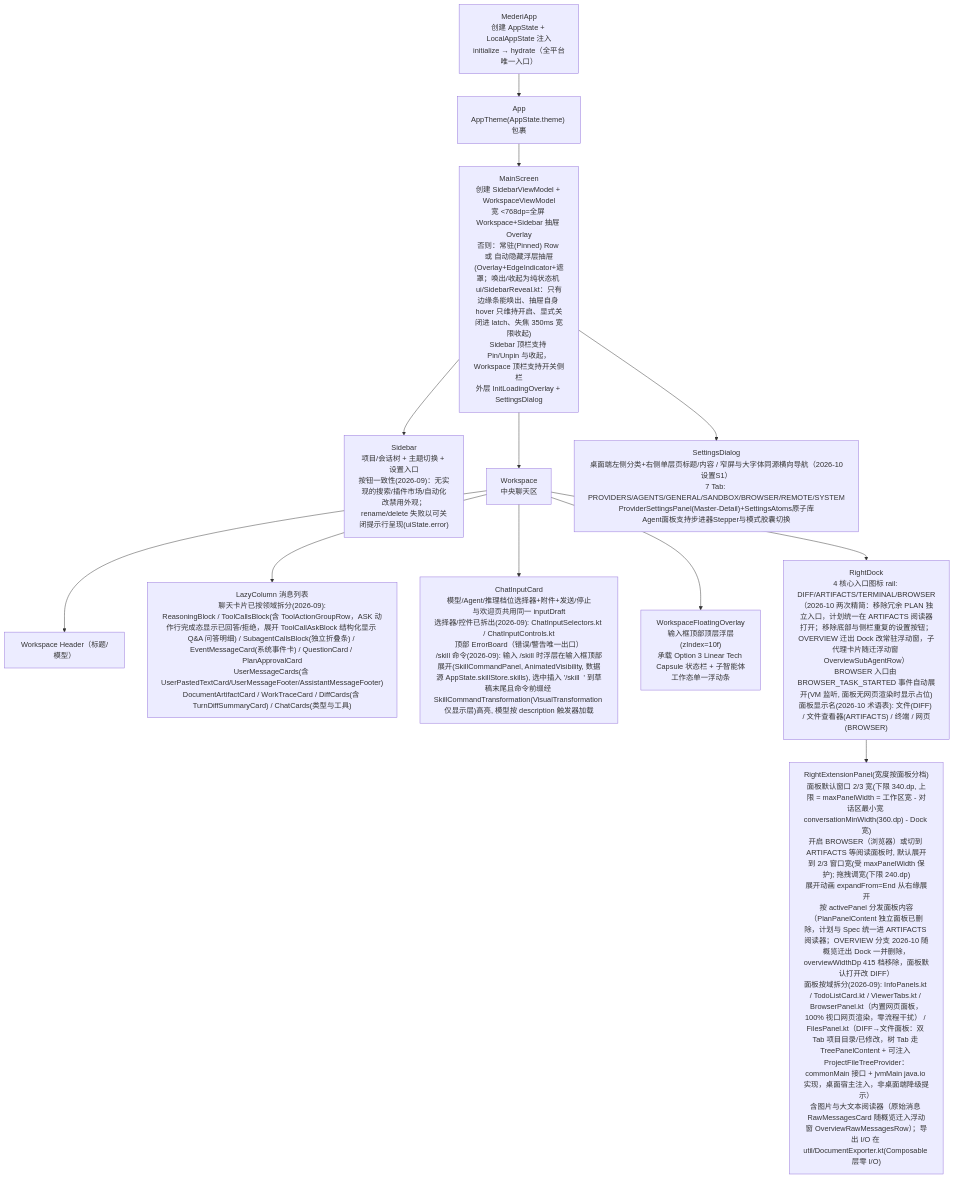
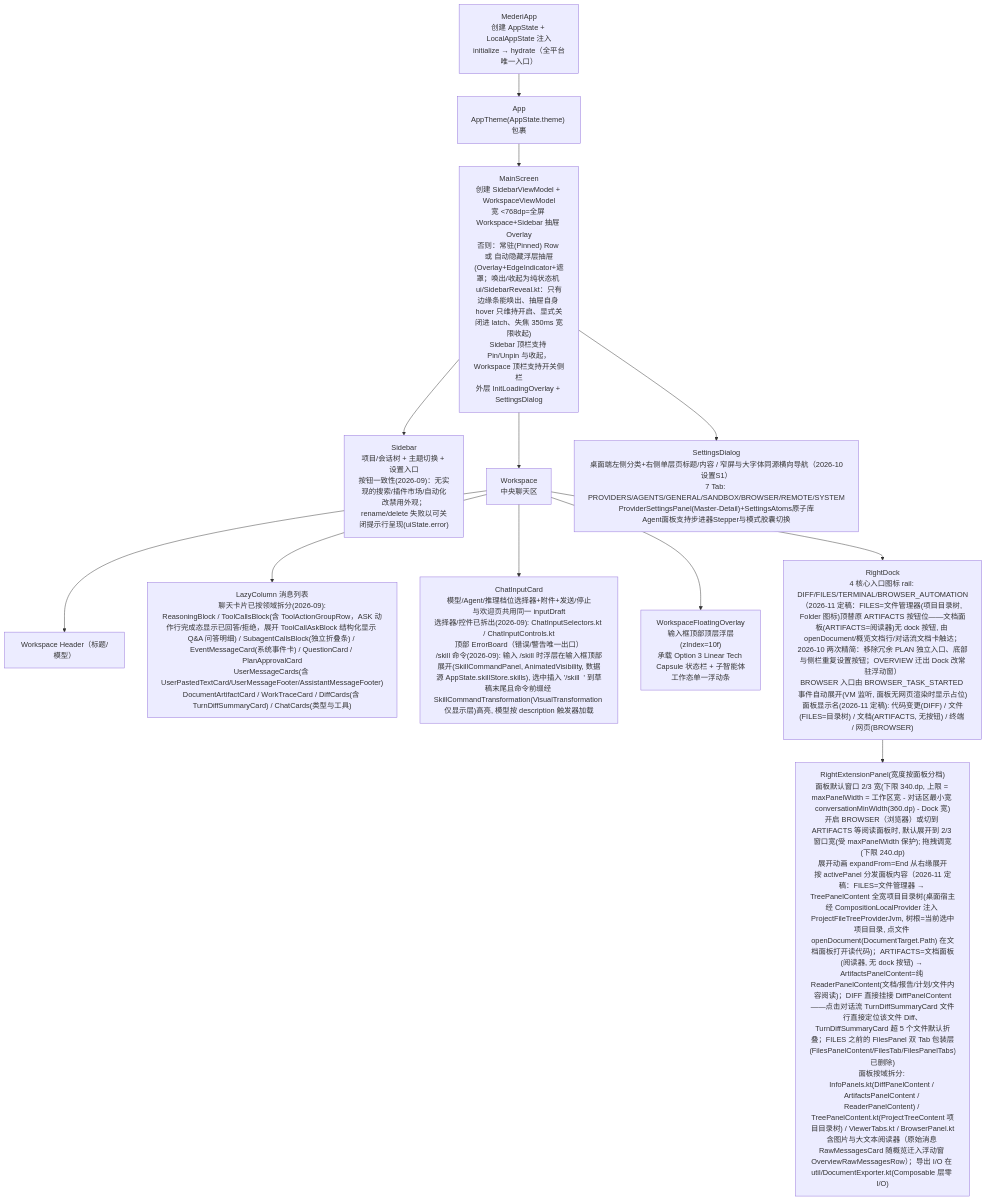
The third of 4 diagrams in docs/architecture/02-app-shared.md (lzdev42/mederi), drawn with Mermaid before and after one commit. The commit also changed other lines of this file and 231 other files, not shown here.

````diff
--- a/docs/architecture/02-app-shared.md
+++ b/docs/architecture/02-app-shared.md
@@ -486,24 +490,24 @@
 ```mermaid
 flowchart TD
     MA["MederiApp<br/>创建 AppState + LocalAppState 注入<br/>initialize → hydrate（全平台唯一入口）"]
     APP["App<br/>AppTheme(AppState.theme) 包裹"]
     MS["MainScreen<br/>创建 SidebarViewModel + WorkspaceViewModel<br/>宽 <768dp=全屏 Workspace+Sidebar 抽屉 Overlay<br/>否则：常驻(Pinned) Row 或 自动隐藏浮层抽屉(Overlay+EdgeIndicator+遮罩；唤出/收起为纯状态机 ui/SidebarReveal.kt：只有边缘条能唤出、抽屉自身 hover 只维持开启、显式关闭进 latch、失焦 350ms 宽限收起)<br/>Sidebar 顶栏支持 Pin/Unpin 与收起，Workspace 顶栏支持开关侧栏<br/>外层 InitLoadingOverlay + SettingsDialog"]
     SB["Sidebar<br/>项目/会话树 + 主题切换 + 设置入口<br/>按钮一致性(2026-09)：无实现的搜索/插件市场/自动化改禁用外观；rename/delete 失败以可关闭提示行呈现(uiState.error)"]
     WS["Workspace<br/>中央聊天区"]
     HDR["Workspace Header（标题/模型）"]
     LIST["LazyColumn 消息列表<br/>聊天卡片已按领域拆分(2026-09):<br/>ReasoningBlock / ToolCallsBlock(含 ToolActionGroupRow，ASK 动作行完成态显示已回答/拒绝，展开 ToolCallAskBlock 结构化显示 Q&A 问答明细) / SubagentCallsBlock(独立折叠条) / EventMessageCard(系统事件卡) / QuestionCard / PlanApprovalCard<br/>UserMessageCards(含 UserPastedTextCard/UserMessageFooter/AssistantMessageFooter)<br/>DocumentArtifactCard / WorkTraceCard / DiffCards(含 TurnDiffSummaryCard) / ChatCards(类型与工具)"]
     INPUT["ChatInputCard<br/>模型/Agent/推理档位选择器+附件+发送/停止<br/>与欢迎页共用同一 inputDraft<br/>选择器/控件已拆出(2026-09): ChatInputSelectors.kt / ChatInputControls.kt<br/>顶部 ErrorBoard（错误/警告唯一出口）<br/>/skill 命令(2026-09): 输入 /skill 时浮层在输入框顶部展开(SkillCommandPanel, AnimatedVisibility, 数据源 AppState.skillStore.skills), 选中插入 '/skill <name> ' 到草稿末尾且命令前缀经 SkillCommandTransformation(VisualTransformation 仅显示层)高亮, 模型按 description 触发器加载"]
     WFO["WorkspaceFloatingOverlay<br/>输入框顶部顶层浮层(zIndex=10f)<br/>承载 Option 3 Linear Tech Capsule 状态栏 + 子智能体工作态单一浮动条"]
-    DOCK["RightDock<br/>4 核心入口图标 rail: DIFF/ARTIFACTS/TERMINAL/BROWSER（2026-10 两次精简：移除冗余 PLAN 独立入口，计划统一在 ARTIFACTS 阅读器打开；移除底部与侧栏重复的设置按钮；OVERVIEW 迁出 Dock 改常驻浮动窗，子代理卡片随迁浮动窗 OverviewSubAgentRow）<br/>BROWSER 入口由 BROWSER_TASK_STARTED 事件自动展开(VM 监听, 面板无网页渲染时显示占位)<br/>面板显示名(2026-10 术语表): 文件(DIFF) / 文件查看器(ARTIFACTS) / 终端 / 网页(BROWSER)"]
-    REP["RightExtensionPanel(宽度按面板分档)<br/>面板默认窗口 2/3 宽(下限 340.dp, 上限 = maxPanelWidth = 工作区宽 - 对话区最小宽 conversationMinWidth(360.dp) - Dock 宽)<br/>开启 BROWSER（浏览器）或切到 ARTIFACTS 等阅读面板时, 默认展开到 2/3 窗口宽(受 maxPanelWidth 保护); 拖拽调宽(下限 240.dp)<br/>展开动画 expandFrom=End 从右缘展开<br/>按 activePanel 分发面板内容（PlanPanelContent 独立面板已删除，计划与 Spec 统一进 ARTIFACTS 阅读器；OVERVIEW 分支 2026-10 随概览迁出 Dock 一并删除，overviewWidthDp 415 档移除，面板默认打开改 DIFF）<br/>面板按域拆分(2026-09): InfoPanels.kt / TodoListCard.kt / ViewerTabs.kt / BrowserPanel.kt（内置网页面板，100% 视口网页渲染，零流程干扰） / FilesPanel.kt（DIFF→文件面板：双 Tab 项目目录/已修改，树 Tab 走 TreePanelContent + 可注入 ProjectFileTreeProvider：commonMain 接口 + jvmMain java.io 实现，桌面宿主注入，非桌面端降级提示）<br/>含图片与大文本阅读器（原始消息 RawMessagesCard 随概览迁入浮动窗 OverviewRawMessagesRow）；导出 I/O 在 util/DocumentExporter.kt(Composable 层零 I/O)"]
+    DOCK["RightDock<br/>4 核心入口图标 rail: DIFF/FILES/TERMINAL/BROWSER_AUTOMATION（2026-11 定稿：FILES=文件管理器(项目目录树, Folder 图标)顶替原 ARTIFACTS 按钮位——文档面板(ARTIFACTS=阅读器)无 dock 按钮, 由 openDocument/概览文档行/对话流文档卡触达；2026-10 两次精简：移除冗余 PLAN 独立入口、底部与侧栏重复设置按钮；OVERVIEW 迁出 Dock 改常驻浮动窗）<br/>BROWSER 入口由 BROWSER_TASK_STARTED 事件自动展开(VM 监听, 面板无网页渲染时显示占位)<br/>面板显示名(2026-11 定稿): 代码变更(DIFF) / 文件(FILES=目录树) / 文档(ARTIFACTS, 无按钮) / 终端 / 网页(BROWSER)"]
+    REP["RightExtensionPanel(宽度按面板分档)<br/>面板默认窗口 2/3 宽(下限 340.dp, 上限 = maxPanelWidth = 工作区宽 - 对话区最小宽 conversationMinWidth(360.dp) - Dock 宽)<br/>开启 BROWSER（浏览器）或切到 ARTIFACTS 等阅读面板时, 默认展开到 2/3 窗口宽(受 maxPanelWidth 保护); 拖拽调宽(下限 240.dp)<br/>展开动画 expandFrom=End 从右缘展开<br/>按 activePanel 分发面板内容（2026-11 定稿：FILES=文件管理器 → TreePanelContent 全宽项目目录树(桌面宿主经 CompositionLocalProvider 注入 ProjectFileTreeProviderJvm, 树根=当前选中项目目录, 点文件 openDocument(DocumentTarget.Path) 在文档面板打开读代码)；ARTIFACTS=文档面板(阅读器, 无 dock 按钮) → ArtifactsPanelContent=纯 ReaderPanelContent(文档/报告/计划/文件内容阅读)；DIFF 直接挂接 DiffPanelContent——点击对话流 TurnDiffSummaryCard 文件行直接定位该文件 Diff、TurnDiffSummaryCard 超 5 个文件默认折叠；FILES 之前的 FilesPanel 双 Tab 包装层(FilesPanelContent/FilesTab/FilesPanelTabs)已删除)<br/>面板按域拆分: InfoPanels.kt(DiffPanelContent / ArtifactsPanelContent / ReaderPanelContent) / TreePanelContent.kt(ProjectTreeContent 项目目录树) / ViewerTabs.kt / BrowserPanel.kt<br/>含图片与大文本阅读器（原始消息 RawMessagesCard 随概览迁入浮动窗 OverviewRawMessagesRow）；导出 I/O 在 util/DocumentExporter.kt(Composable 层零 I/O)"]
     SD["SettingsDialog<br/>桌面端左侧分类+右侧单层页标题/内容 / 窄屏与大字体同源横向导航（2026-10设置S1）<br/>7 Tab: PROVIDERS/AGENTS/GENERAL/SANDBOX/BROWSER/REMOTE/SYSTEM<br/>ProviderSettingsPanel(Master-Detail)+SettingsAtoms原子库<br/>Agent面板支持步进器Stepper与模式胶囊切换"]
     MA --> APP --> MS
     MS --> SB
     MS --> WS
     WS --> HDR
     WS --> LIST
     WS --> WFO
     WS --> INPUT
     WS --> DOCK --> REP
     MS --> SD
 ```
````
